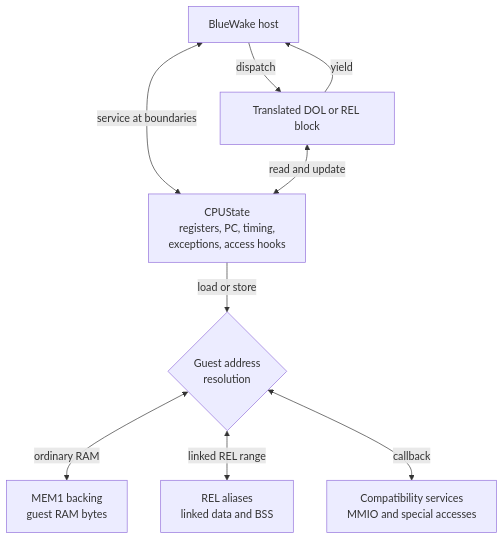
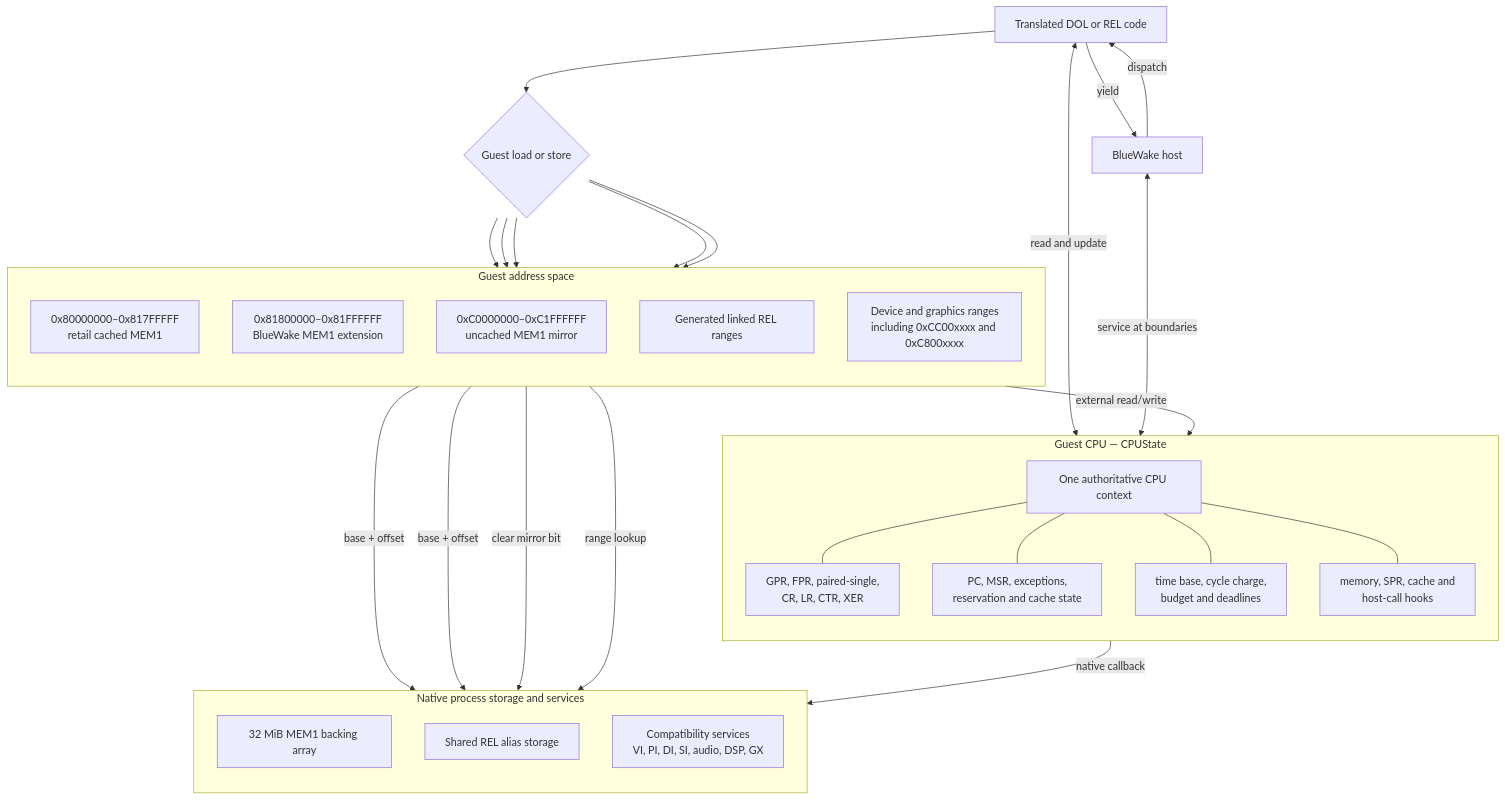
The first of 3 diagrams in docs/architecture/runtime/GuestState.md (Aelbannan/boat_of_daphnes), drawn with Mermaid before and after one commit. The commit also changed other lines of this file, not shown here.

Commit message:
docs: visualize guest CPU memory and IO

````diff
--- a/docs/architecture/runtime/GuestState.md
+++ b/docs/architecture/runtime/GuestState.md
@@ -29,19 +36,53 @@
 ```mermaid
 flowchart TD
+    Code["Translated DOL or REL code"]
     Host["BlueWake host"]
-    Block["Translated DOL or REL block"]
-    CPU["`CPUState<br/>registers, PC, timing,<br/>exceptions, access hooks`"]
-    Resolve{"Guest address<br/>resolution"}
-    MEM1["`MEM1 backing<br/>guest RAM bytes`"]
-    Alias["`REL aliases<br/>linked data and BSS`"]
-    Services["`Compatibility services<br/>MMIO and special accesses`"]
 
-    Host -->|"dispatch"| Block
-    Block -->|"yield"| Host
-    Host <-->|"service at boundaries"| CPU
-    Block <-->|"read and update"| CPU
-    CPU -->|"load or store"| Resolve
-    Resolve <-->|"ordinary RAM"| MEM1
-    Resolve <-->|"linked REL range"| Alias
-    Resolve <-->|"callback"| Services
+    subgraph CPU["Guest CPU — CPUState"]
+        direction TB
+        State["One authoritative CPU context"]
+        Registers["`GPR, FPR, paired-single,<br/>CR, LR, CTR, XER`"]
+        Control["`PC, MSR, exceptions,<br/>reservation and cache state`"]
+        Time["`time base, cycle charge,<br/>budget and deadlines`"]
+        Hooks["`memory, SPR, cache and<br/>host-call hooks`"]
+        State --- Registers
+        State --- Control
+        State --- Time
+        State --- Hooks
+    end
+
+    Access{"Guest load or store"}
+
+    subgraph Space["Guest address space"]
+        direction TB
+        Retail["`0x80000000–0x817FFFFF<br/>retail cached MEM1`"]
+        Extended["`0x81800000–0x81FFFFFF<br/>BlueWake MEM1 extension`"]
+        Mirror["`0xC0000000–0xC1FFFFFF<br/>uncached MEM1 mirror`"]
+        REL["Generated linked REL ranges"]
+        MMIO["`Device and graphics ranges<br/>including 0xCC00xxxx and 0xC800xxxx`"]
+    end
+
+    subgraph Native["Native process storage and services"]
+        direction TB
+        RAM["32 MiB MEM1 backing array"]
+        Alias["Shared REL alias storage"]
+        Devices["Compatibility services<br/>VI, PI, DI, SI, audio, DSP, GX"]
+    end
+
+    Host -->|"dispatch"| Code
+    Code -->|"yield"| Host
+    Code <-->|"read and update"| State
+    Host <-->|"service at boundaries"| State
+    Code --> Access
+    Access --> Retail
+    Access --> Extended
+    Access --> Mirror
+    Access --> REL
+    Access --> MMIO
+    Retail -->|"base + offset"| RAM
+    Extended -->|"base + offset"| RAM
+    Mirror -->|"clear mirror bit"| RAM
+    REL -->|"range lookup"| Alias
+    MMIO -->|"external read/write"| Hooks
+    Hooks -->|"native callback"| Devices
 ```
````
